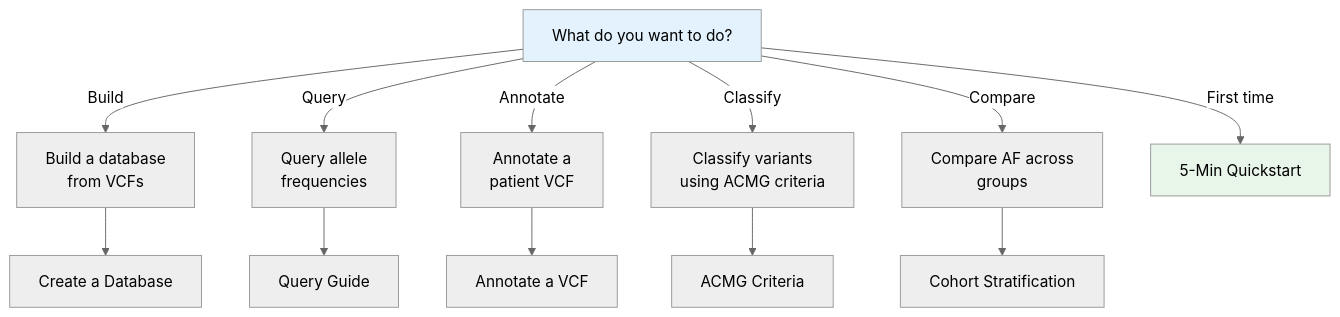
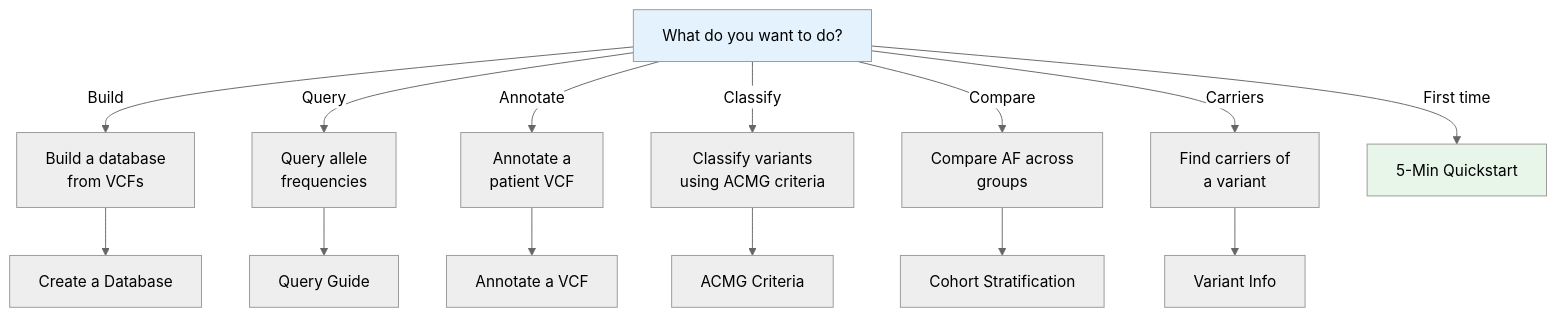
Before and after one commit to dlopez-bioinfo/afquery: the second of 2 diagrams in docs/index.md, drawn with Mermaid (neutral theme). The commit also changed other lines of this file and 11 other files, not shown here.

Commit message:
docs: integrate variant-info across documentation

````diff
--- a/docs/index.md
+++ b/docs/index.md
@@ -72,32 +73,37 @@
 ```mermaid
 graph TD
     A["What do you want to do?"]
     B["Build a database<br/>from VCFs"]
     C["Query allele<br/>frequencies"]
     D["Annotate a<br/>patient VCF"]
     E["Classify variants<br/>using ACMG criteria"]
     F["Compare AF across<br/>groups"]
 
+    M["Find carriers of<br/>a variant"]
+
     A -->|First time| G["5-Min Quickstart"]
     A -->|Build| B
     A -->|Query| C
     A -->|Annotate| D
     A -->|Classify| E
     A -->|Compare| F
+    A -->|Carriers| M
 
     B --> H["Create a Database"]
     C --> I["Query Guide"]
     D --> J["Annotate a VCF"]
     E --> K["ACMG Criteria"]
     F --> L["Cohort Stratification"]
+    M --> N["Variant Info"]
 
     click G "getting-started/quickstart/"
     click H "guides/create-database/"
     click I "guides/query/"
     click J "guides/annotate-vcf/"
     click K "use-cases/acmg-use-cases/"
     click L "use-cases/cohort-stratification/"
+    click N "guides/variant-info/"
 
     style A fill:#e3f2fd
     style G fill:#e8f5e9
 ```
````
